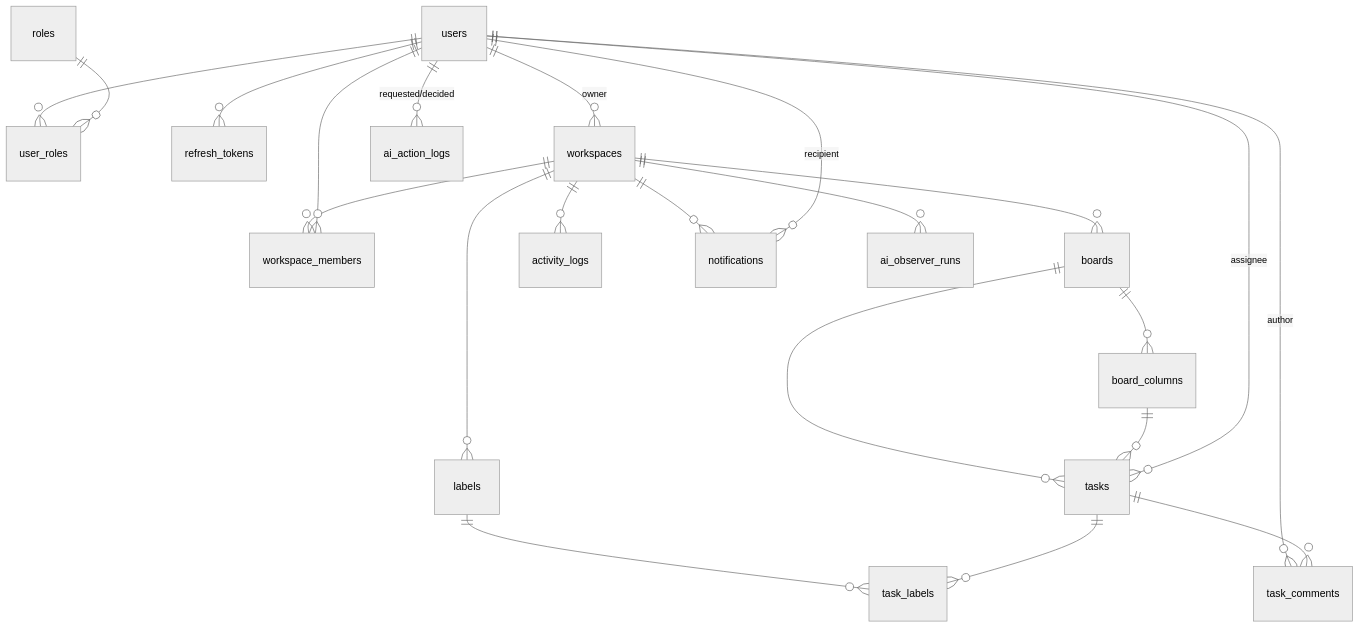
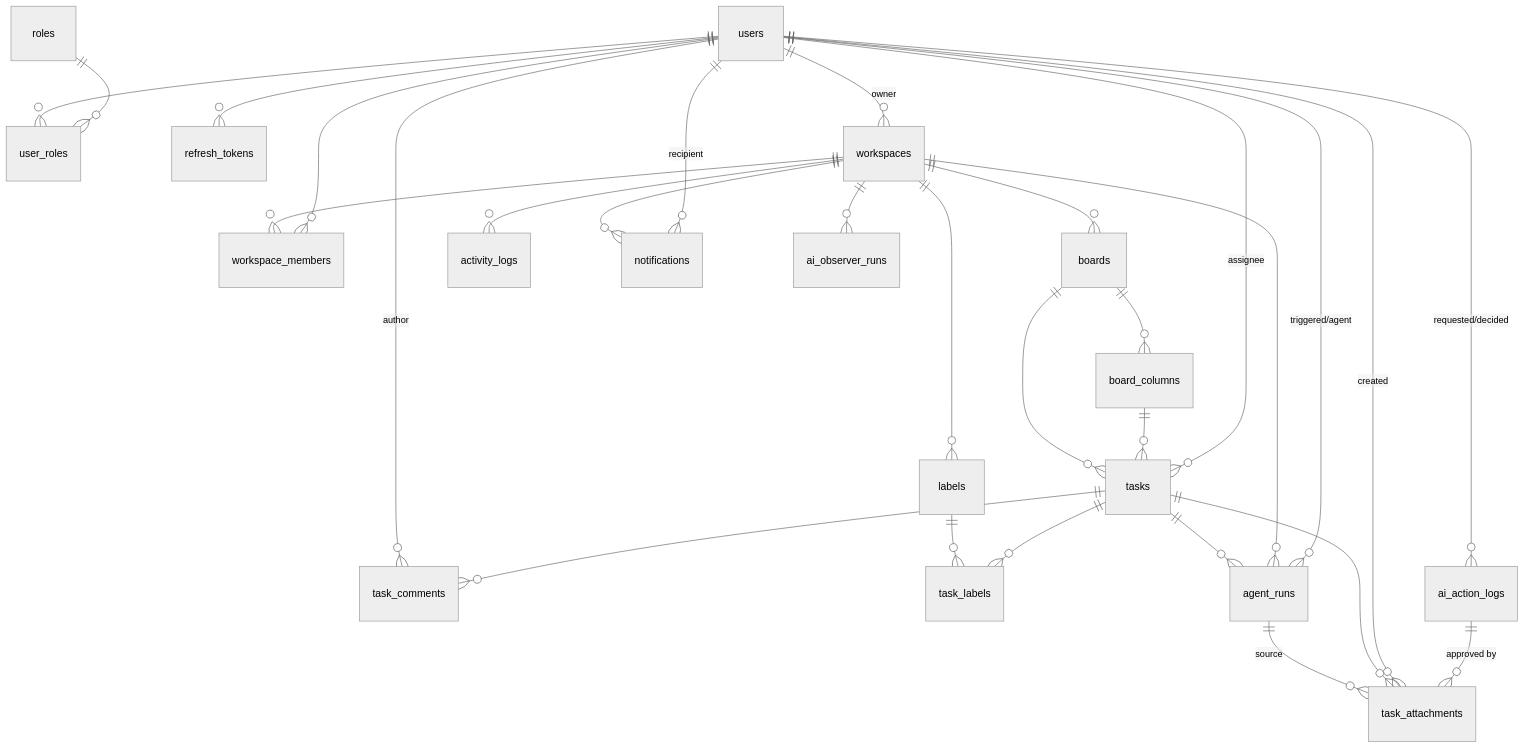
The diagram in Project-Documents/04-database-design.md (Thinh-TT/TeamNexus), drawn with Mermaid (neutral theme) before and after one commit. The commit also changed other lines of this file and 14 other files, not shown here.

Commit message:
docs(phase-7): add AI Agent Executor plan, renumber roadmap, extend DB design

````diff
--- a/Project-Documents/04-database-design.md
+++ b/Project-Documents/04-database-design.md
@@ -49,24 +52,31 @@
 ```mermaid
 erDiagram
     users ||--o{ user_roles : ""
     roles ||--o{ user_roles : ""
     users ||--o{ refresh_tokens : ""
     users ||--o{ workspaces : "owner"
     workspaces ||--o{ workspace_members : ""
     users ||--o{ workspace_members : ""
     workspaces ||--o{ boards : ""
     boards ||--o{ board_columns : ""
     boards ||--o{ tasks : ""
     board_columns ||--o{ tasks : ""
     users ||--o{ tasks : "assignee"
     users ||--o{ task_comments : "author"
     tasks ||--o{ task_comments : ""
     workspaces ||--o{ labels : ""
     labels ||--o{ task_labels : ""
     tasks ||--o{ task_labels : ""
     users ||--o{ ai_action_logs : "requested/decided"
     workspaces ||--o{ activity_logs : ""
     workspaces ||--o{ notifications : ""
     users ||--o{ notifications : "recipient"
     workspaces ||--o{ ai_observer_runs : ""
+    tasks ||--o{ agent_runs : ""
+    workspaces ||--o{ agent_runs : ""
+    users ||--o{ agent_runs : "triggered/agent"
+    agent_runs ||--o{ task_attachments : "source"
+    tasks ||--o{ task_attachments : ""
+    users ||--o{ task_attachments : "created"
+    ai_action_logs ||--o{ task_attachments : "approved by"
 ```
````
